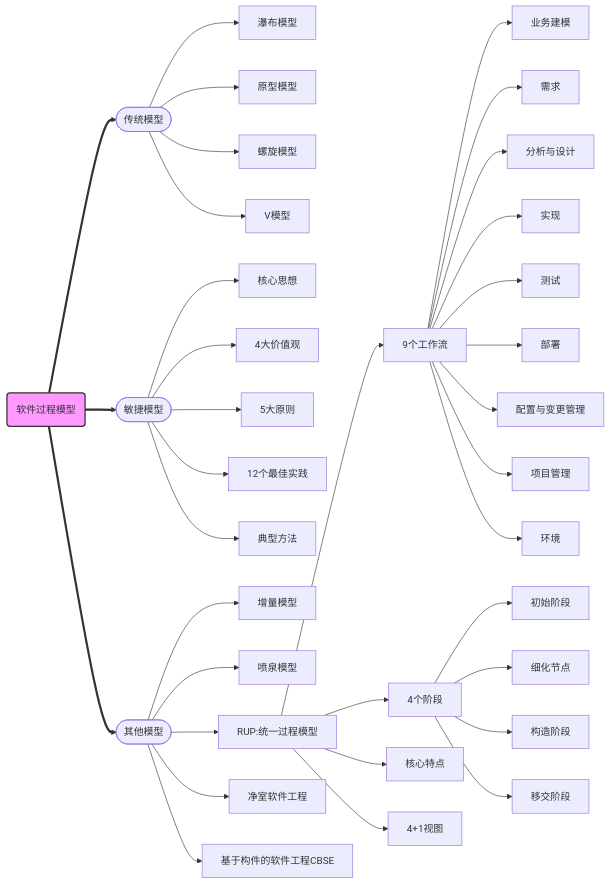
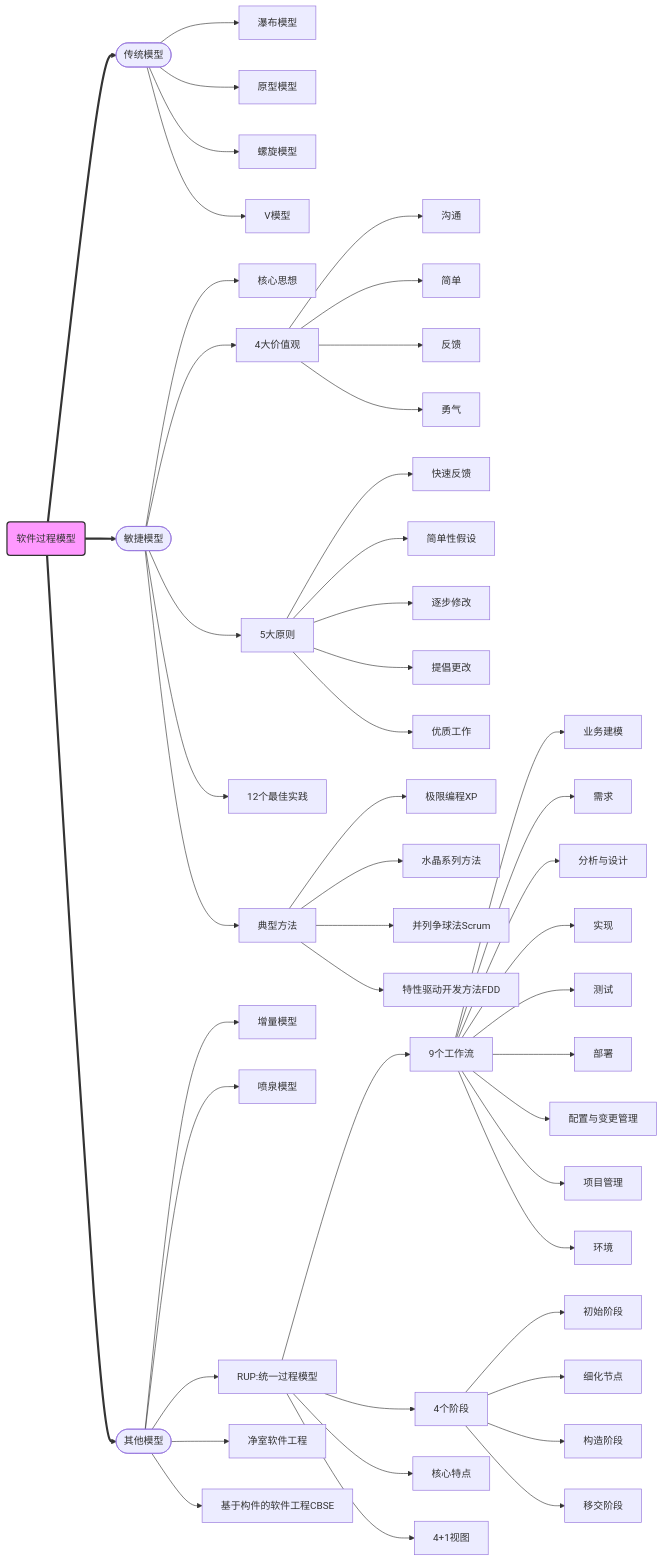
The second of 4 diagrams in Documentation/ruankao/architecture.rst (Rtoax/test-linux), drawn with Mermaid before and after one commit. The commit also changed 1 other file, not shown here.

Commit message:
Doc: rk: add Agile
Vers: Ubuntu 25.10, Linux 6.17.0-19-generic, LaTeXmk 4.87, Sphinx 8.2.3, Python 3.13.7

```diff
--- a/Documentation/ruankao/architecture.rst
+++ b/Documentation/ruankao/architecture.rst
@@ -41,46 +41,62 @@
 .. mermaid::
    :caption: 软件过程模型
 
     flowchart LR
         Process(软件过程模型) ==> Traditional([传统模型])
         Process ==> Agile([敏捷模型])
         Process ==> Other([其他模型])
 
         Traditional --> Traditional1[瀑布模型]
         Traditional --> Traditional2[原型模型]
         Traditional --> Traditional3[螺旋模型]
         Traditional --> Traditional4[V模型]
 
         Agile --> Agile1[核心思想]
         Agile --> Agile2[4大价值观]
         Agile --> Agile3[5大原则]
         Agile --> Agile4[12个最佳实践]
         Agile --> Agile5[典型方法]
+
+        Agile2 --> Agile21[沟通]
+        Agile2 --> Agile22[简单]
+        Agile2 --> Agile23[反馈]
+        Agile2 --> Agile24[勇气]
+
+        Agile3 --> Agile31[快速反馈]
+        Agile3 --> Agile32[简单性假设]
+        Agile3 --> Agile33[逐步修改]
+        Agile3 --> Agile34[提倡更改]
+        Agile3 --> Agile35[优质工作]
+
+        Agile5 --> Agile51[极限编程XP]
+        Agile5 --> Agile52[水晶系列方法]
+        Agile5 --> Agile53[并列争球法Scrum]
+        Agile5 --> Agile54[特性驱动开发方法FDD]
 
         Other --> Other1[增量模型]
         Other --> Other2[喷泉模型]
         Other --> RUP[RUP:统一过程模型]
         Other --> Other4[净室软件工程]
         Other --> Other5[基于构件的软件工程CBSE]
 
         RUP --> RUP1[9个工作流]
         RUP --> RUP2[4个阶段]
         RUP --> RUP3[核心特点]
         RUP --> RUP4[4+1视图]
 
         RUP1 --> RUP11[业务建模]
         RUP1 --> RUP12[需求]
         RUP1 --> RUP13[分析与设计]
         RUP1 --> RUP14[实现]
         RUP1 --> RUP15[测试]
         RUP1 --> RUP16[部署]
         RUP1 --> RUP17[配置与变更管理]
         RUP1 --> RUP18[项目管理]
         RUP1 --> RUP19[环境]
 
         RUP2 --> RUP21[初始阶段]
         RUP2 --> RUP22[细化节点]
         RUP2 --> RUP23[构造阶段]
         RUP2 --> RUP24[移交阶段]
 
         style Process fill:#f9f,stroke:#333,stroke-width:2px
```
